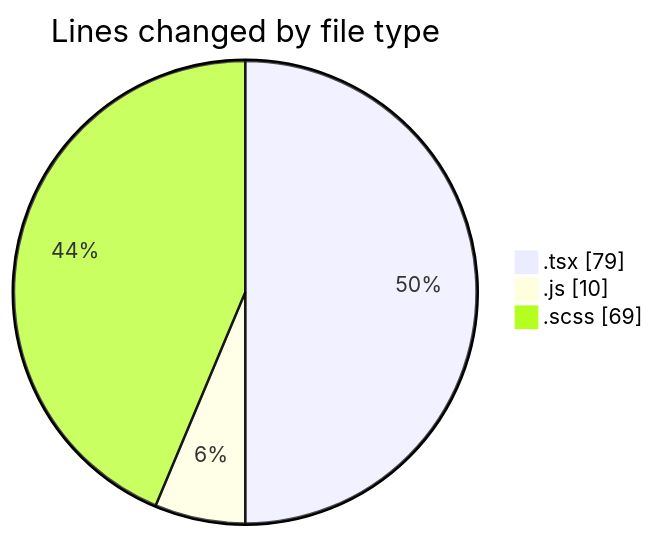
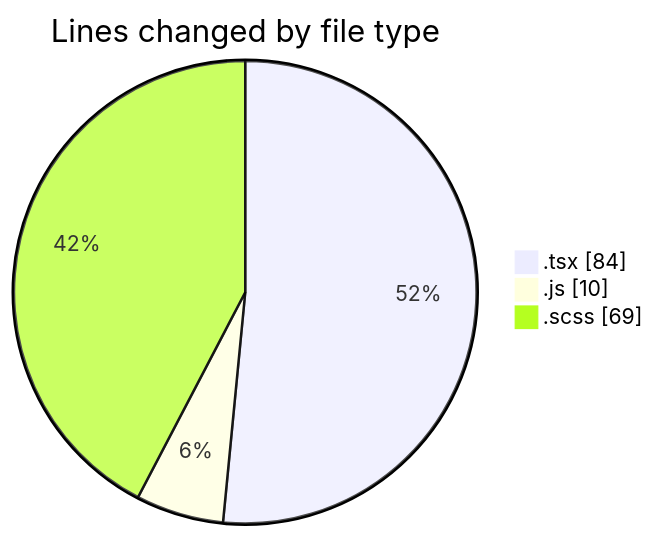
Before and after one commit to momahboobian/code-tracking: the first of 2 diagrams in 2026-08-25/cda/README.md, drawn with Mermaid. The commit also changed other lines of this file and 1 other file, not shown here.

````diff
--- a/2026-08-25/cda/README.md
+++ b/2026-08-25/cda/README.md
@@ -25,7 +25,7 @@
 ```mermaid
 pie showData
 title Lines changed by file type
-".tsx" : 79
+".tsx" : 84
 ".js" : 10
 ".scss" : 69
 ```
````
